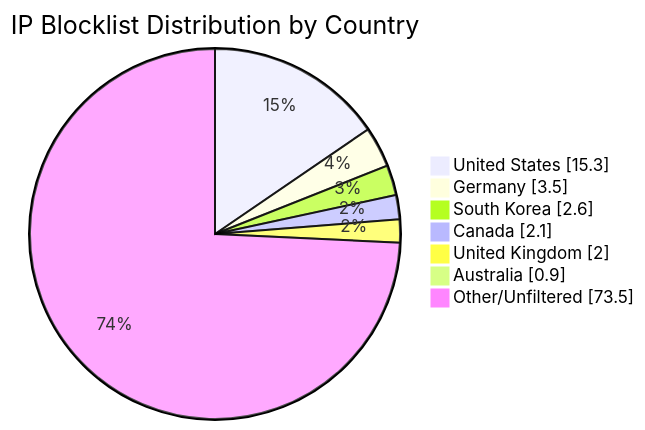
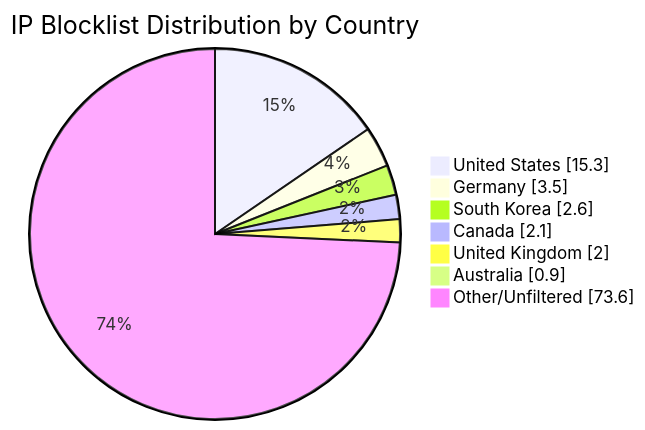
The diagram in README.md (MarcusHoltz/ipblocklist-geofiltered-aggregator), drawn with Mermaid before and after one commit. The commit also changed other lines of this file and 9 other files, not shown here.

````diff
--- a/README.md
+++ b/README.md
@@ -34,10 +34,10 @@
 ```mermaid
 pie showData title IP Blocklist Distribution by Country
 "United States" : 15.3
 "Germany" : 3.5
 "South Korea" : 2.6
 "Canada" : 2.1
 "United Kingdom" : 2.0
 "Australia" : 0.9
-"Other/Unfiltered" : 73.5
+"Other/Unfiltered" : 73.6
 ```
````
